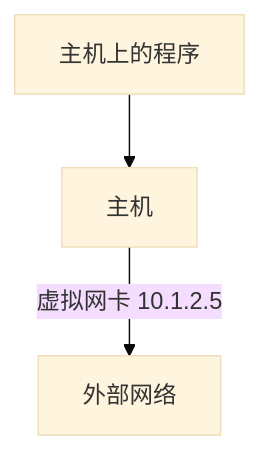
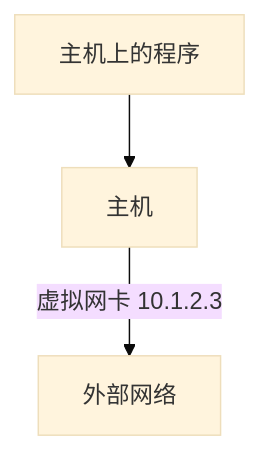
One commit to ustclug/Linux101-docs changed the first of 4 diagrams in docs/Ch01/supplement.md. Above: the diagram before and after it, drawn with Mermaid (base theme). The commit also changed other lines of this file, not shown here.

````diff
--- a/docs/Ch01/supplement.md
+++ b/docs/Ch01/supplement.md
@@ -551,5 +551,5 @@
 ```mermaid
 flowchart TD
     HSP[主机上的程序] --> HS
-    HS[主机] -->|虚拟网卡 10.1.2.5| IN[外部网络]
+    HS[主机] -->|虚拟网卡 10.1.2.3| IN[外部网络]
 ```
````
